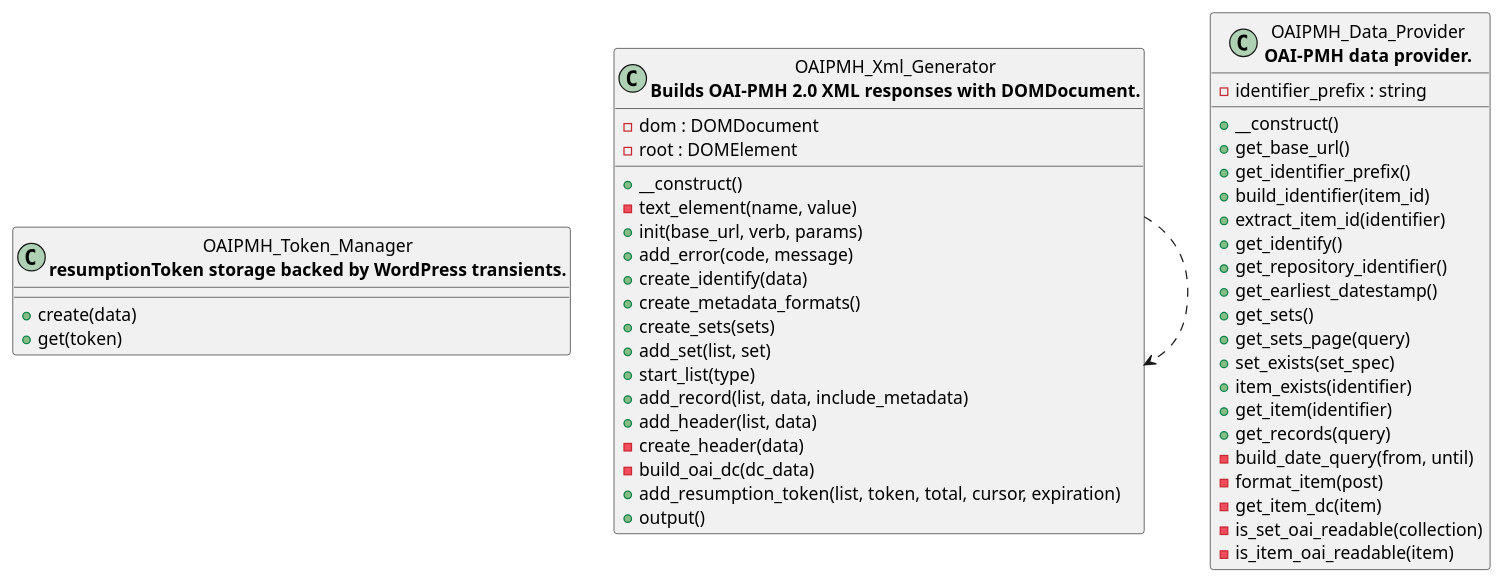
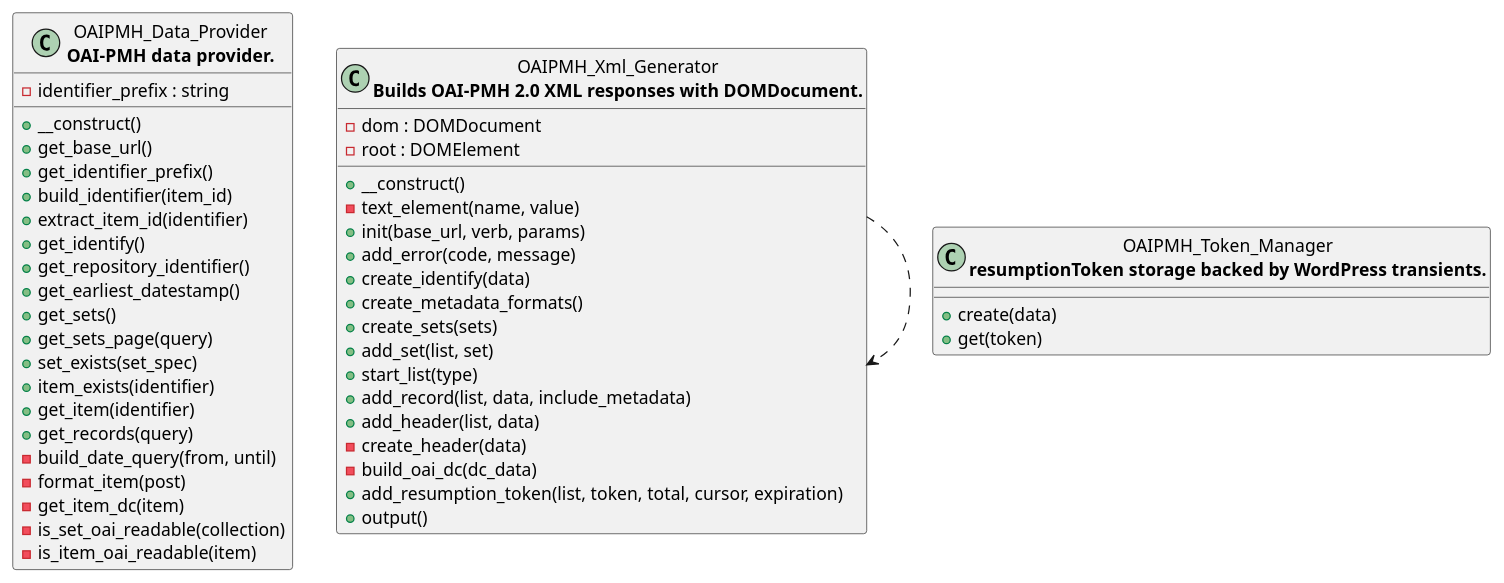
The diagram in docs/diagrams/tainacan-namespace-Tainacan-OAIPMHExpose.puml (tainacan/tainacan), drawn with PlantUML before and after one commit. The commit also changed other lines of this file and 97 other files, not shown here.

```diff
--- a/docs/diagrams/tainacan-namespace-Tainacan-OAIPMHExpose.puml
+++ b/docs/diagrams/tainacan-namespace-Tainacan-OAIPMHExpose.puml
@@ -1,48 +1,48 @@
 @startuml class-diagram
-  class "OAIPMH_Token_Manager\n<b>resumptionToken storage backed by WordPress transients.</b>" as OAIPMH_Token_Manager {
-    +create(data)
-    +get(token)
-  }
-  class "OAIPMH_Xml_Generator\n<b>Builds OAI-PMH 2.0 XML responses with DOMDocument.</b>" as OAIPMH_Xml_Generator {
-    -dom : DOMDocument
-    -root : DOMElement
-    +__construct()
-    -text_element(name, value)
-    +init(base_url, verb, params)
-    +add_error(code, message)
-    +create_identify(data)
-    +create_metadata_formats()
-    +create_sets(sets)
-    +add_set(list, set)
-    +start_list(type)
-    +add_record(list, data, include_metadata)
-    +add_header(list, data)
-    -create_header(data)
-    -build_oai_dc(dc_data)
-    +add_resumption_token(list, token, total, cursor, expiration)
-    +output()
-  }
   class "OAIPMH_Data_Provider\n<b>OAI-PMH data provider.</b>" as OAIPMH_Data_Provider {
     -identifier_prefix : string
     +__construct()
     +get_base_url()
     +get_identifier_prefix()
     +build_identifier(item_id)
     +extract_item_id(identifier)
     +get_identify()
     +get_repository_identifier()
     +get_earliest_datestamp()
     +get_sets()
     +get_sets_page(query)
     +set_exists(set_spec)
     +item_exists(identifier)
     +get_item(identifier)
     +get_records(query)
     -build_date_query(from, until)
     -format_item(post)
     -get_item_dc(item)
     -is_set_oai_readable(collection)
     -is_item_oai_readable(item)
   }
+  class "OAIPMH_Xml_Generator\n<b>Builds OAI-PMH 2.0 XML responses with DOMDocument.</b>" as OAIPMH_Xml_Generator {
+    -dom : DOMDocument
+    -root : DOMElement
+    +__construct()
+    -text_element(name, value)
+    +init(base_url, verb, params)
+    +add_error(code, message)
+    +create_identify(data)
+    +create_metadata_formats()
+    +create_sets(sets)
+    +add_set(list, set)
+    +start_list(type)
+    +add_record(list, data, include_metadata)
+    +add_header(list, data)
+    -create_header(data)
+    -build_oai_dc(dc_data)
+    +add_resumption_token(list, token, total, cursor, expiration)
+    +output()
+  }
+  class "OAIPMH_Token_Manager\n<b>resumptionToken storage backed by WordPress transients.</b>" as OAIPMH_Token_Manager {
+    +create(data)
+    +get(token)
+  }
   OAIPMH_Xml_Generator ..> OAIPMH_Xml_Generator
 @enduml
```
